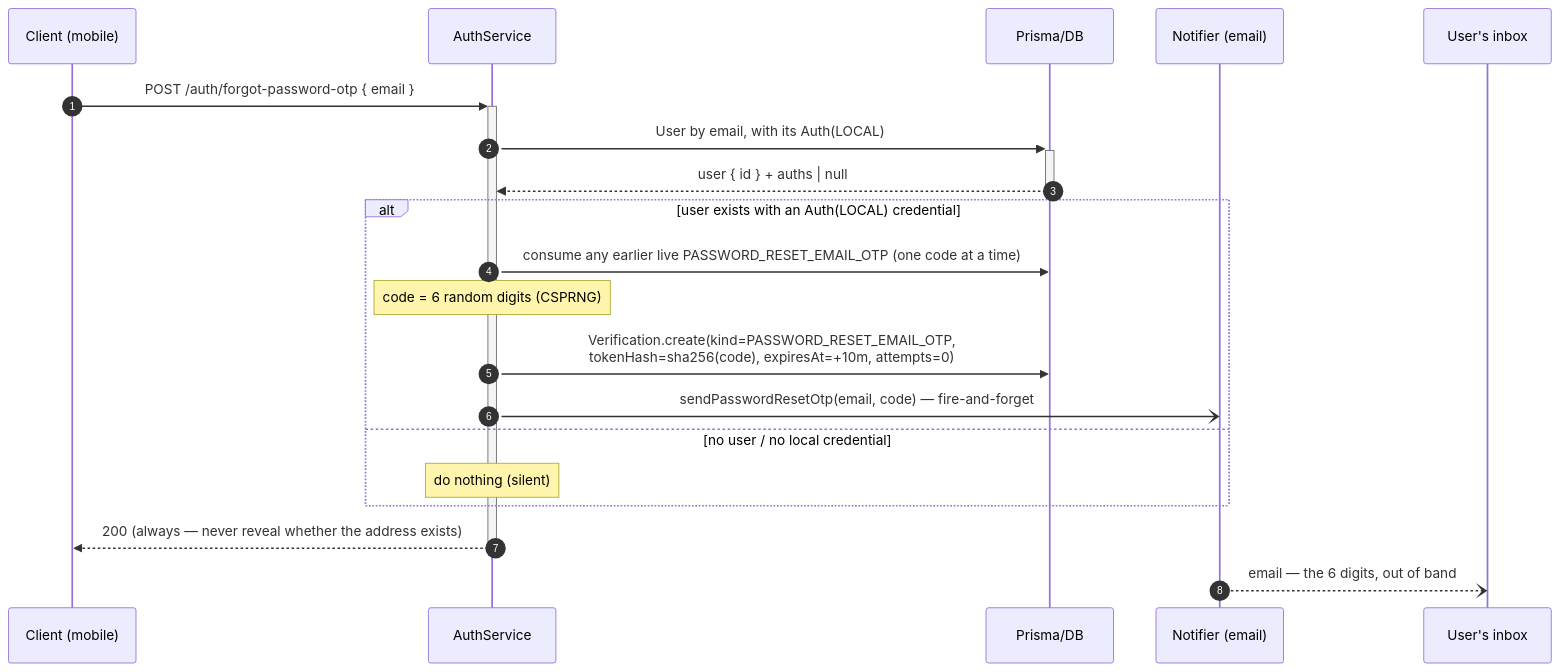
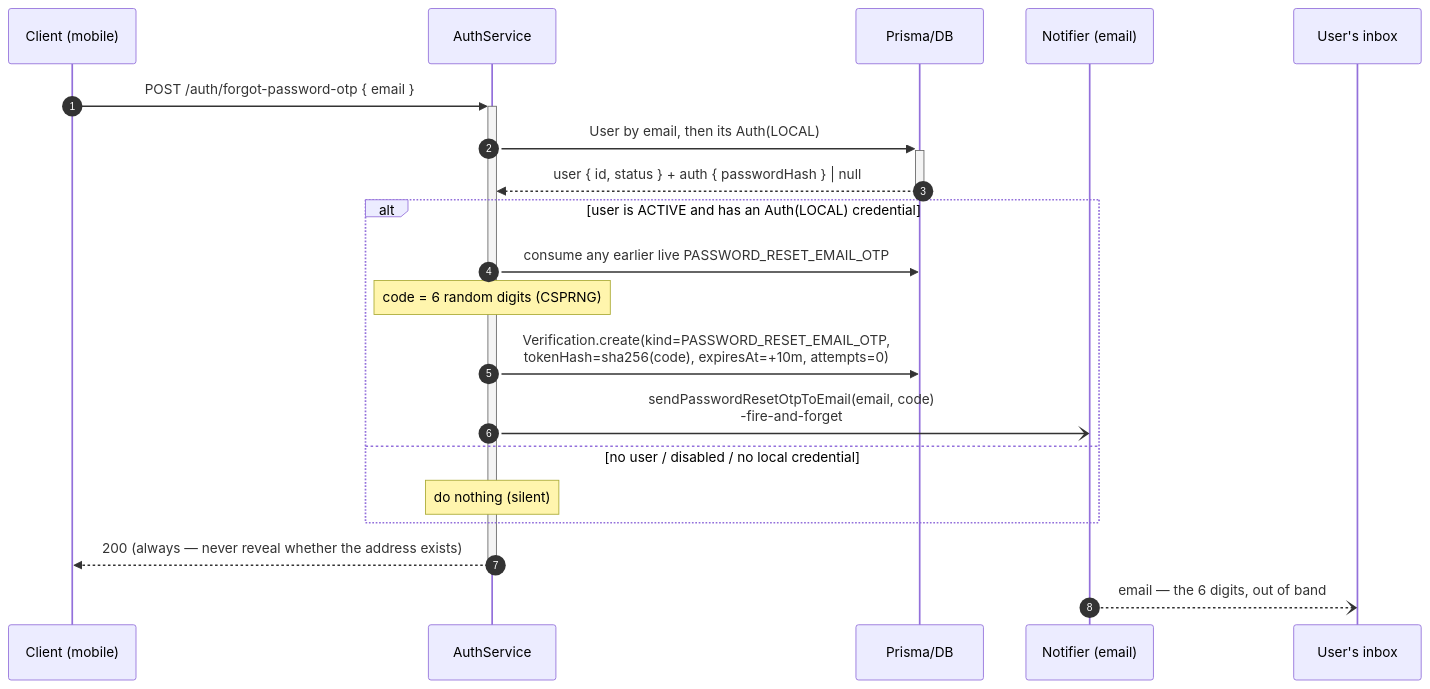
Before and after one commit to chuhaiphu/vinaup-platform: the first of 2 diagrams in apps/api/docs/architecture/authen/PASSWORD-RESET-EMAIL-OTP.md, drawn with Mermaid. The commit also changed other lines of this file and 25 other files, not shown here.

First line of the commit message:
feat(auth): enhance OTP verification and email linking features

````diff
--- a/apps/api/docs/architecture/authen/PASSWORD-RESET-EMAIL-OTP.md
+++ b/apps/api/docs/architecture/authen/PASSWORD-RESET-EMAIL-OTP.md
@@ -33,23 +33,23 @@
 ```mermaid
 sequenceDiagram
     autonumber
     participant C as Client (mobile)
     participant Auth as AuthService
     participant DB as Prisma/DB
     participant N as Notifier (email)
     participant U as User's inbox
 
     C->>+Auth: POST /auth/forgot-password-otp { email }
-    Auth->>+DB: User by email, with its Auth(LOCAL)
-    DB-->>-Auth: user { id } + auths | null
-    alt user exists with an Auth(LOCAL) credential
-        Auth->>DB: consume any earlier live PASSWORD_RESET_EMAIL_OTP (one code at a time)
+    Auth->>+DB: User by email, then its Auth(LOCAL)
+    DB-->>-Auth: user { id, status } + auth { passwordHash } | null
+    alt user is ACTIVE and has an Auth(LOCAL) credential
+        Auth->>DB: consume any earlier live PASSWORD_RESET_EMAIL_OTP
         Note over Auth: code = 6 random digits (CSPRNG)
         Auth->>DB: Verification.create(kind=PASSWORD_RESET_EMAIL_OTP,<br/>tokenHash=sha256(code), expiresAt=+10m, attempts=0)
-        Auth-)N: sendPasswordResetOtp(email, code) — fire-and-forget
-    else no user / no local credential
+        Auth-)N: sendPasswordResetOtpToEmail(email, code)<br/>-fire-and-forget
+    else no user / disabled / no local credential
         Note over Auth: do nothing (silent)
     end
     Auth-->>-C: 200 (always — never reveal whether the address exists)
     N--)U: email — the 6 digits, out of band
 ```
````
